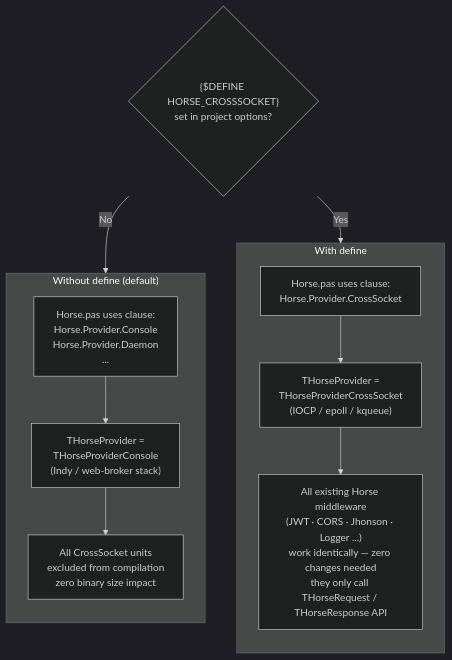
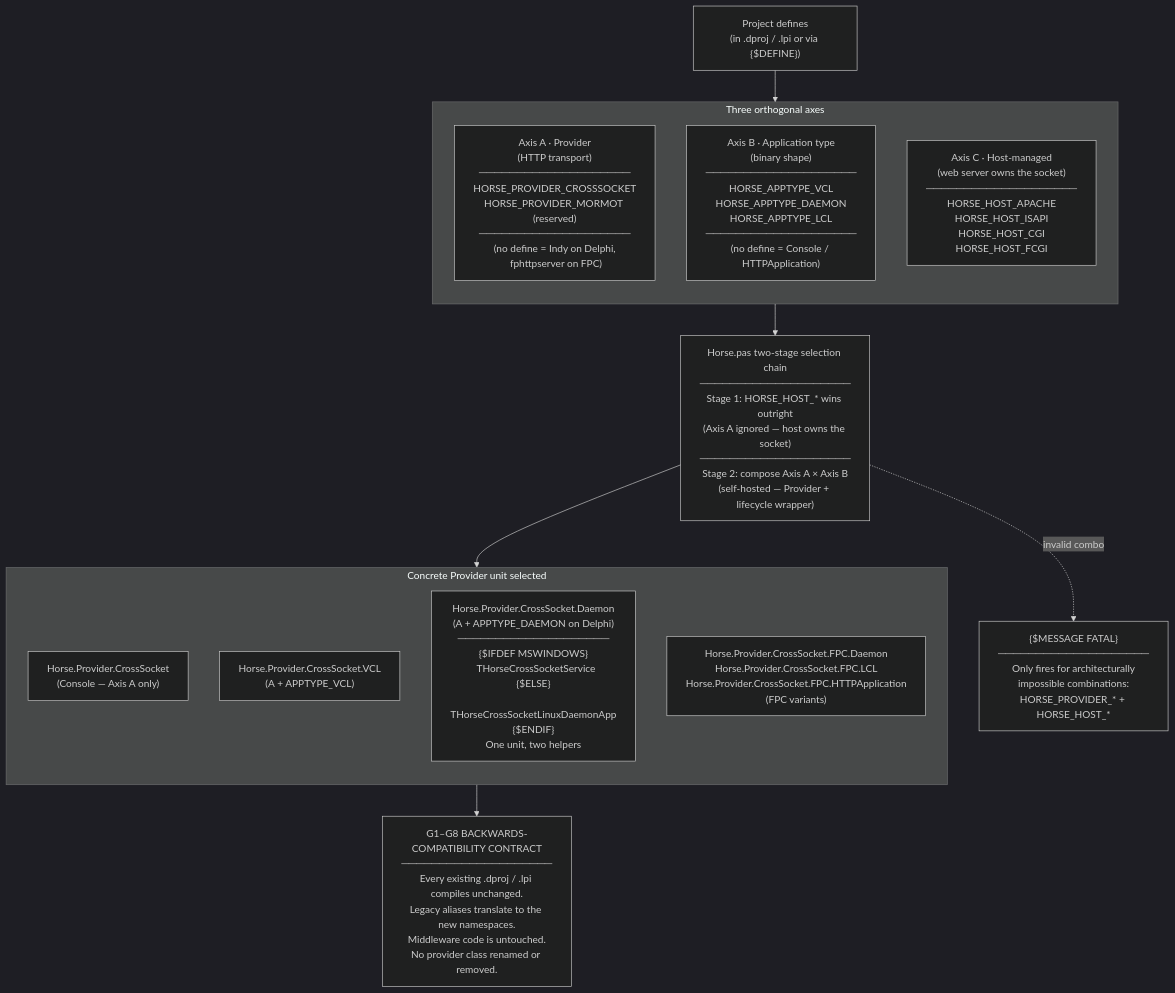
The fifth of 6 diagrams in doc/architecture-diagrams.md (freitasjca/horse-provider-crosssocket), drawn with Mermaid (dark theme) before and after one commit. The commit also changed other lines of this file and 30 other files, not shown here.

Commit message:
feat: PATCH-HORSE-2 cross-product Provider units + 8-shape test matrix (v1.0.6)

````diff
--- a/doc/architecture-diagrams.md
+++ b/doc/architecture-diagrams.md
@@ -157,23 +159,31 @@
 ```mermaid
 flowchart TD
-    DEFINE{"{$DEFINE HORSE_CROSSSOCKET}\nset in project options?"}
+    START["Project defines\n(in .dproj / .lpi or via {$DEFINE})"]
 
-    subgraph NO["Without define  (default)"]
+    subgraph AXES["Three orthogonal axes"]
         direction TB
-        N1["Horse.pas uses clause:\nHorse.Provider.Console\nHorse.Provider.Daemon\n..."]
-        N2["THorseProvider =\nTHorseProviderConsole\n(Indy / web-broker stack)"]
-        N3["All CrossSocket units\nexcluded from compilation\nzero binary size impact"]
-        N1 --> N2 --> N3
+        A["Axis A · Provider\n(HTTP transport)\n────────────────────\nHORSE_PROVIDER_CROSSSOCKET\nHORSE_PROVIDER_MORMOT (reserved)\n────────────────────\n(no define = Indy on Delphi,\n fphttpserver on FPC)"]
+        B["Axis B · Application type\n(binary shape)\n────────────────────\nHORSE_APPTYPE_VCL\nHORSE_APPTYPE_DAEMON\nHORSE_APPTYPE_LCL\n────────────────────\n(no define = Console / HTTPApplication)"]
+        C["Axis C · Host-managed\n(web server owns the socket)\n────────────────────\nHORSE_HOST_APACHE\nHORSE_HOST_ISAPI\nHORSE_HOST_CGI\nHORSE_HOST_FCGI"]
     end
 
-    subgraph YES["With define"]
+    CHAIN["Horse.pas two-stage selection chain\n────────────────────\nStage 1: HORSE_HOST_* wins outright\n(Axis A ignored — host owns the socket)\n────────────────────\nStage 2: compose Axis A × Axis B\n(self-hosted — Provider + lifecycle wrapper)"]
+
+    subgraph UNIT["Concrete Provider unit selected"]
         direction TB
-        Y1["Horse.pas uses clause:\nHorse.Provider.CrossSocket"]
-        Y2["THorseProvider =\nTHorseProviderCrossSocket\n(IOCP / epoll / kqueue)"]
-        Y3["All existing Horse middleware\n(JWT · CORS · Jhonson · Logger ...)\nwork identically — zero changes needed\nthey only call THorseRequest / THorseResponse API"]
-        Y1 --> Y2 --> Y3
+        U1["Horse.Provider.CrossSocket\n(Console — Axis A only)"]
+        U2["Horse.Provider.CrossSocket.VCL\n(A + APPTYPE_VCL)"]
+        U3["Horse.Provider.CrossSocket.Daemon\n(A + APPTYPE_DAEMON on Delphi)\n────────────────────\n{$IFDEF MSWINDOWS}\n  THorseCrossSocketService\n{$ELSE}\n  THorseCrossSocketLinuxDaemonApp\n{$ENDIF}\nOne unit, two helpers"]
+        U4["Horse.Provider.CrossSocket.FPC.Daemon\nHorse.Provider.CrossSocket.FPC.LCL\nHorse.Provider.CrossSocket.FPC.HTTPApplication\n(FPC variants)"]
     end
 
-    DEFINE -->|No| NO
-    DEFINE -->|Yes| YES
+    FATAL["{$MESSAGE FATAL}\n────────────────────\nOnly fires for architecturally\nimpossible combinations:\nHORSE_PROVIDER_* + HORSE_HOST_*"]
+
+    BC["G1–G8 BACKWARDS-COMPATIBILITY CONTRACT\n────────────────────\nEvery existing .dproj / .lpi compiles unchanged.\nLegacy aliases translate to the new namespaces.\nMiddleware code is untouched.\nNo provider class renamed or removed."]
+
+    START --> AXES
+    AXES --> CHAIN
+    CHAIN --> UNIT
+    CHAIN -.->|invalid combo| FATAL
+    UNIT --> BC
 ```
````
